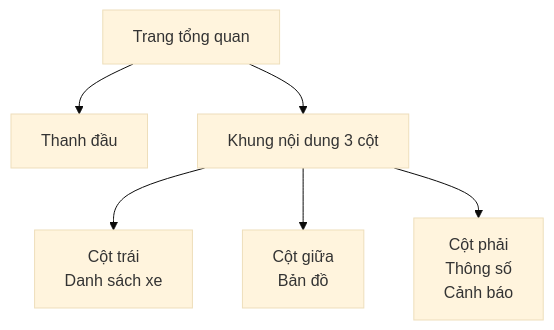
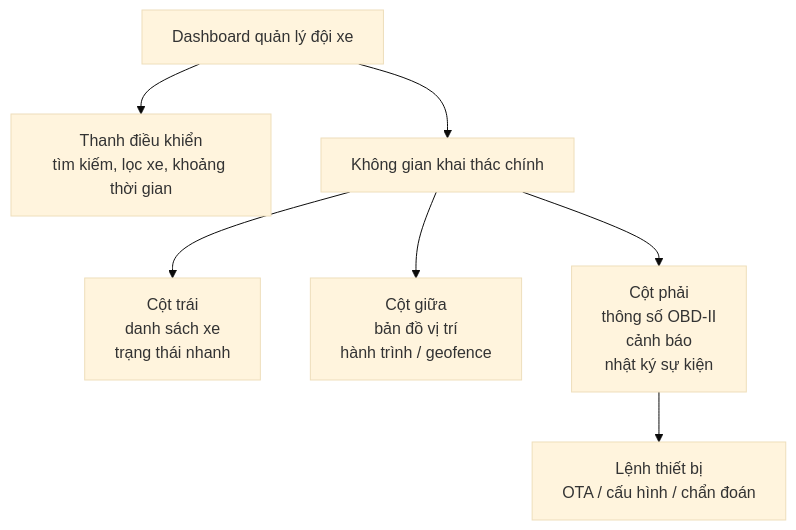
The diagram in resources/reports/thesis/final/assets/uml/06-chuong-3-giai-phap-frontend-hinh-3-21.mmd (anmh1205/IoT_Vehicle_Tracking_System), drawn with Mermaid (base theme) before and after one commit. The commit also changed 784 other files, not shown here.

```diff
--- a/resources/reports/thesis/final/assets/uml/06-chuong-3-giai-phap-frontend-hinh-3-21.mmd
+++ b/resources/reports/thesis/final/assets/uml/06-chuong-3-giai-phap-frontend-hinh-3-21.mmd
@@ -1,13 +1,10 @@
 flowchart TB
-    Screen["Trang tổng quan"]
-    H["Thanh đầu"]
-    Body["Khung nội dung 3 cột"]
-    L["Cột trái<br/>Danh sách xe"]
-    M["Cột giữa<br/>Bản đồ"]
-    R["Cột phải<br/>Thông số<br/>Cảnh báo"]
+    Dashboard["Dashboard quản lý đội xe"]
+    Dashboard --> Toolbar["Thanh điều khiển<br>tìm kiếm, lọc xe, khoảng thời gian"]
+    Dashboard --> Workspace["Không gian khai thác chính"]
 
-    Screen --> H
-    Screen --> Body
-    Body --> L
-    Body --> M
-    Body --> R
+    Workspace --> Fleet["Cột trái<br>danh sách xe<br>trạng thái nhanh"]
+    Workspace --> Map["Cột giữa<br>bản đồ vị trí<br>hành trình / geofence"]
+    Workspace --> Detail["Cột phải<br>thông số OBD-II<br>cảnh báo<br>nhật ký sự kiện"]
+
+    Detail --> Actions["Lệnh thiết bị<br>OTA / cấu hình / chẩn đoán"]
```
